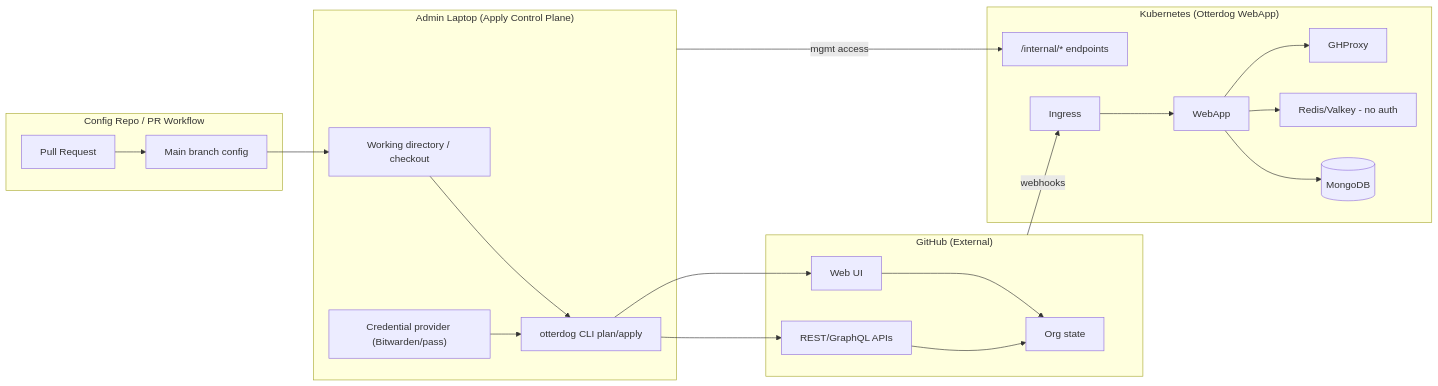
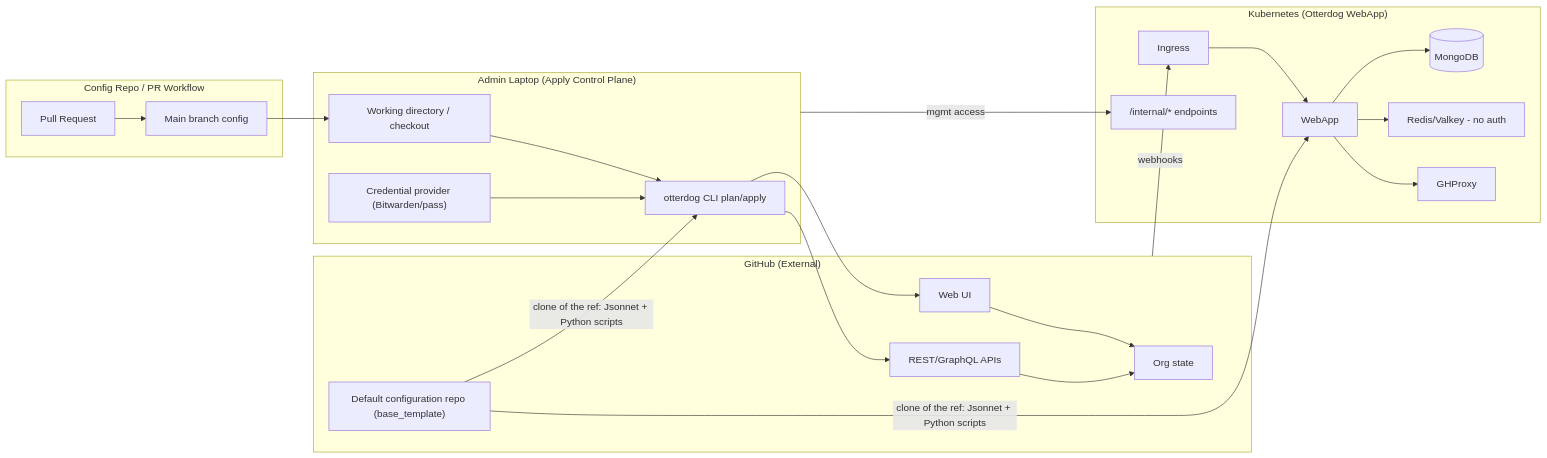
Before and after one commit to eclipse-csi/otterdog: the diagram in docs/threat-model.md, drawn with Mermaid. The commit also changed other lines of this file and 8 other files, not shown here.

First line of the commit message:
feat: warn when base_template references a branch (#921)

````diff
--- a/docs/threat-model.md
+++ b/docs/threat-model.md
@@ -101,43 +128,47 @@
 ```mermaid
 flowchart LR
   subgraph Dev["Config Repo / PR Workflow"]
     PR[Pull Request]
     MAIN[Main branch config]
   end
 
   subgraph Admin["Admin Laptop (Apply Control Plane)"]
     WD["Working directory / checkout"]
     CLI["otterdog CLI plan/apply"]
     VAULT["Credential provider (Bitwarden/pass)"]
   end
 
   subgraph GH["GitHub (External)"]
     API["REST/GraphQL APIs"]
     WEB[Web UI]
     ORG[Org state]
+    DEFAULTS["Default configuration repo (base_template)"]
   end
 
   subgraph K8S["Kubernetes (Otterdog WebApp)"]
     INGRESS[Ingress]
     APP[WebApp]
     INT["/internal/* endpoints"]
     MONGO[(MongoDB)]
     REDIS["Redis/Valkey - no auth"]
     GHP[GHProxy]
   end
 
   PR --> MAIN
   MAIN --> WD
   VAULT --> CLI
   WD --> CLI
   CLI --> API
   CLI --> WEB
   API --> ORG
   WEB --> ORG
 
+  DEFAULTS -->|"clone of the ref: Jsonnet + Python scripts"| CLI
+  DEFAULTS -->|"clone of the ref: Jsonnet + Python scripts"| APP
+
   GH -->|webhooks| INGRESS --> APP
   APP --> MONGO
   APP --> REDIS
   APP --> GHP
   Admin -->|mgmt access| INT
 ```
````
